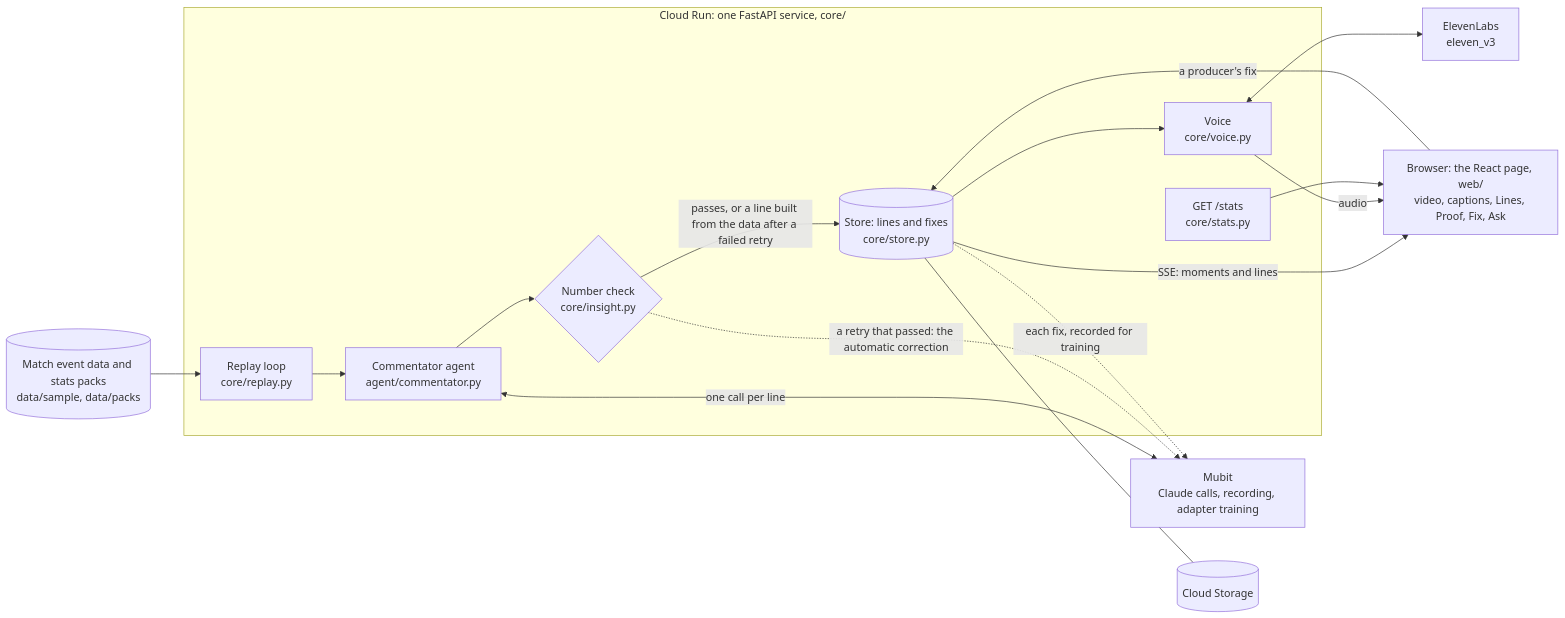
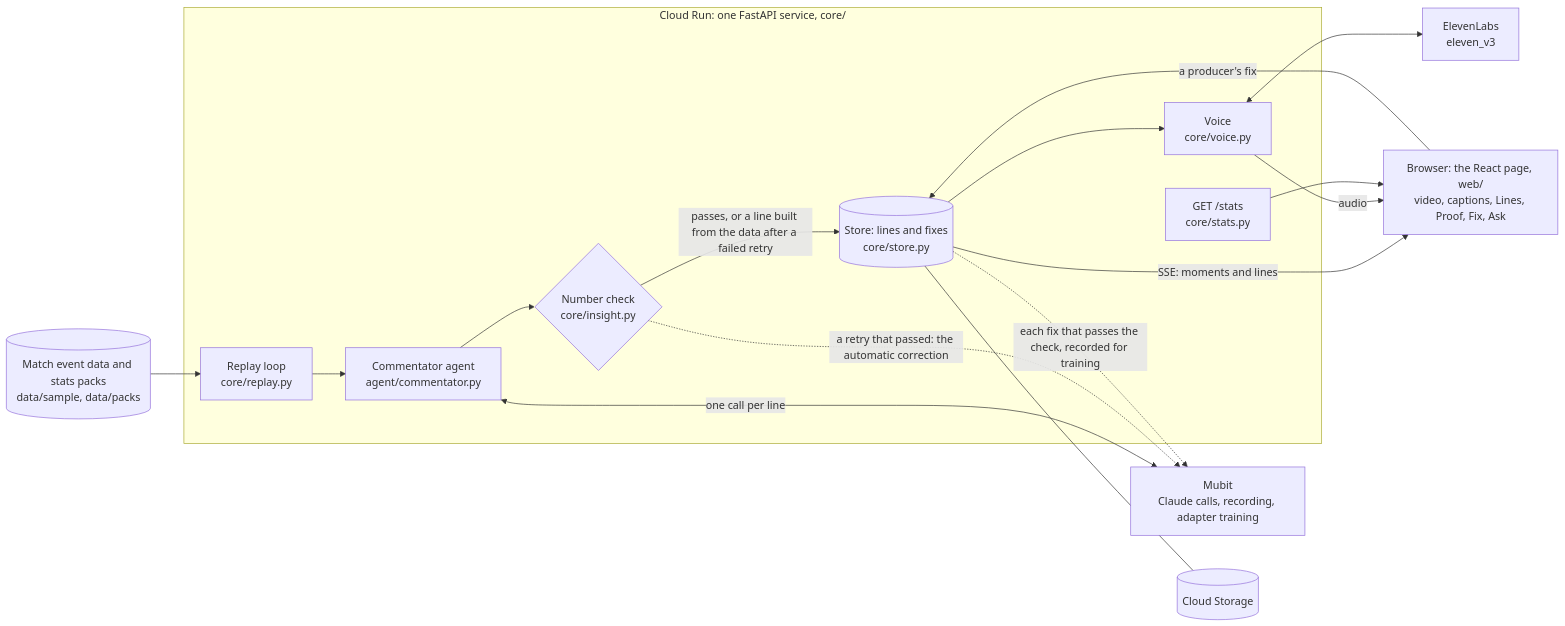
The diagram in README.md (atiladeokegab/night-shift), drawn with Mermaid before and after one commit. The commit also changed other lines of this file and 6 other files, not shown here.

First line of the commit message:
docs: only a fix that passes the number check is recorded for training

````diff
--- a/README.md
+++ b/README.md
@@ -497,29 +501,29 @@
 ```mermaid
 flowchart LR
     data[("Match event data and stats packs<br/>data/sample, data/packs")]
     subgraph run["Cloud Run: one FastAPI service, core/"]
         replay["Replay loop<br/>core/replay.py"]
         agent["Commentator agent<br/>agent/commentator.py"]
         check{"Number check<br/>core/insight.py"}
         store[("Store: lines and fixes<br/>core/store.py")]
         voice["Voice<br/>core/voice.py"]
         stats["GET /stats<br/>core/stats.py"]
     end
     mubit["Mubit<br/>Claude calls, recording, adapter training"]
     eleven["ElevenLabs<br/>eleven_v3"]
     gcs[("Cloud Storage")]
     page["Browser: the React page, web/<br/>video, captions, Lines, Proof, Fix, Ask"]
 
     data --> replay --> agent
     agent <-->|"one call per line"| mubit
     agent --> check
     check -->|"passes, or a line built from the data after a failed retry"| store
     check -.->|"a retry that passed: the automatic correction"| mubit
     store --> voice <--> eleven
     store -->|"SSE: moments and lines"| page
     voice -->|"audio"| page
     page -->|"a producer's fix"| store
-    store -.->|"each fix, recorded for training"| mubit
+    store -.->|"each fix that passes the check, recorded for training"| mubit
     store --- gcs
     stats --> page
 ```
````
